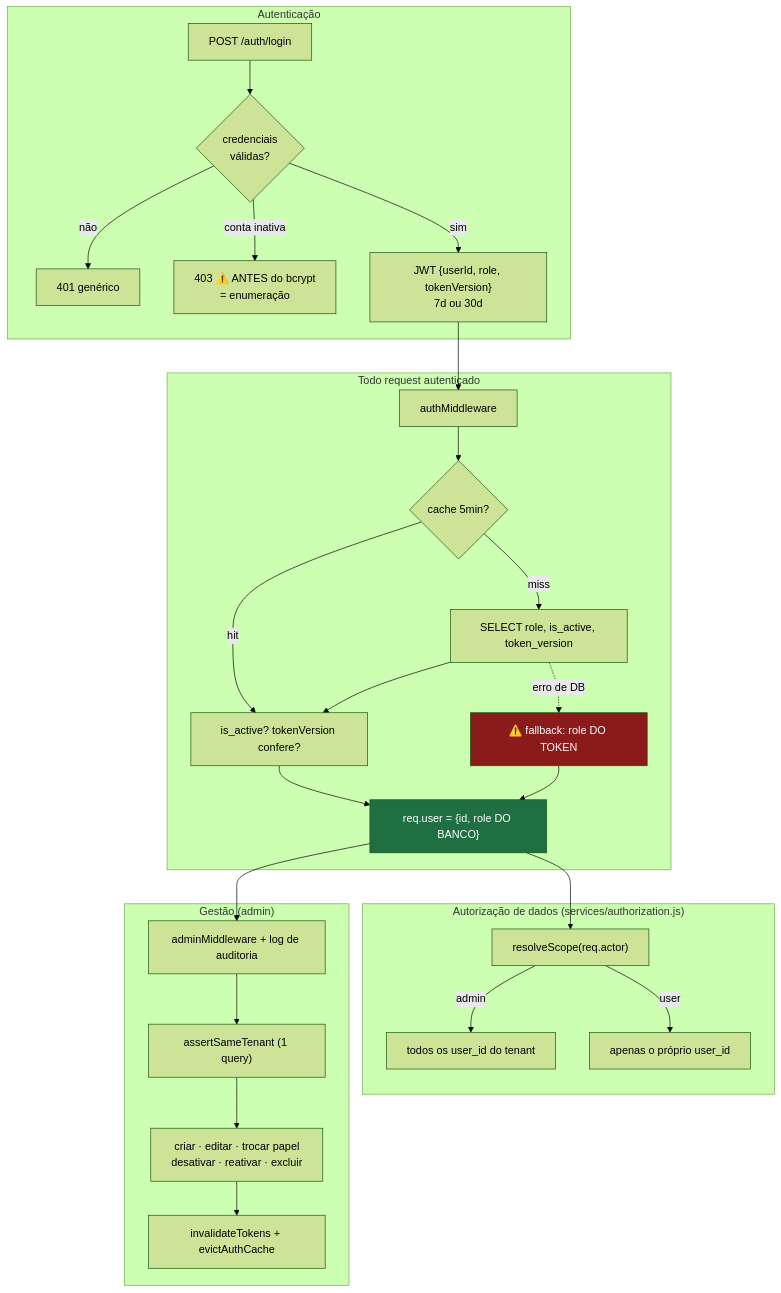
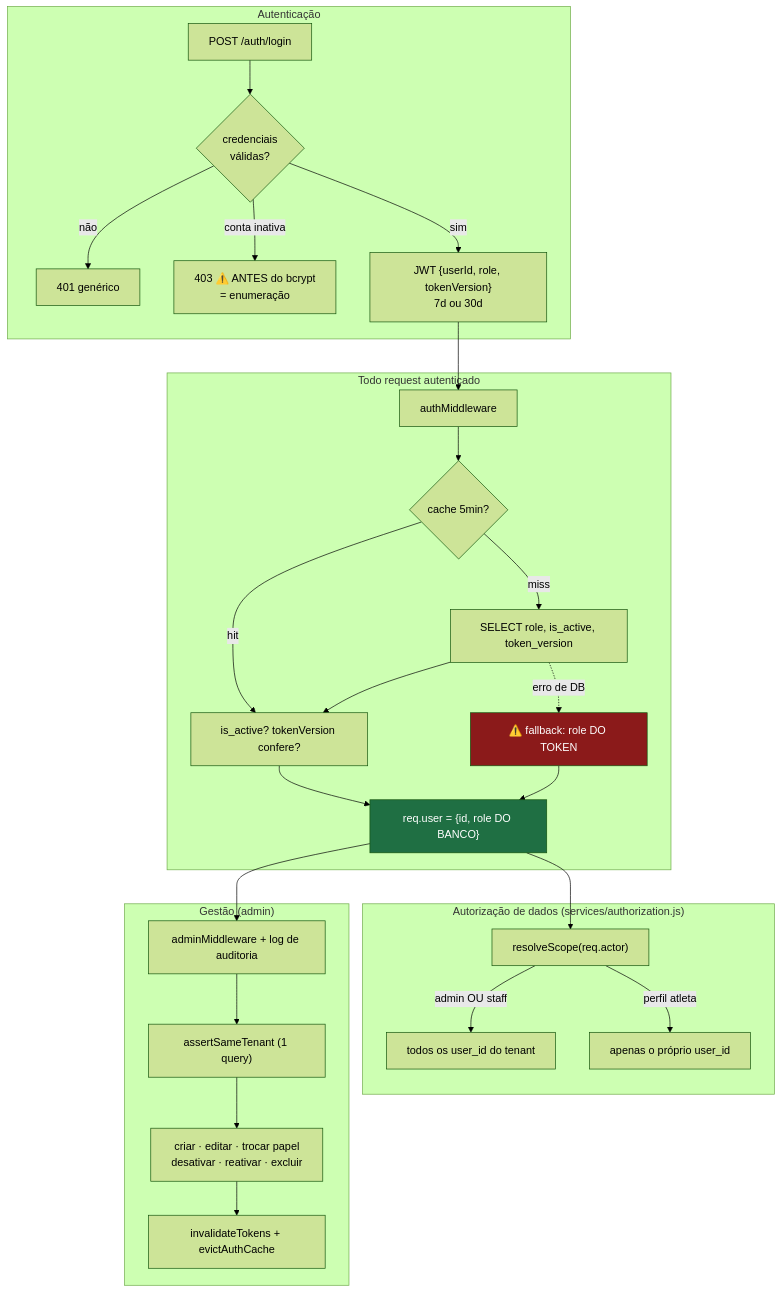
One commit to lucasxtech/JiuMetrics changed the diagram in docs/modules/users-and-admin.md. Above: the diagram before and after it, drawn with Mermaid (forest theme). The commit also changed other lines of this file and 13 other files, not shown here.

Commit message:
docs(spec 014): ADR-014, autorização por perfil, domínio, banco, API, roadmap e changelog

````diff
--- a/docs/modules/users-and-admin.md
+++ b/docs/modules/users-and-admin.md
@@ -81,36 +91,36 @@
 ```mermaid
 flowchart TD
     subgraph "Autenticação"
         L["POST /auth/login"] --> LV{"credenciais<br/>válidas?"}
         LV -->|não| L401["401 genérico"]
         LV -->|"conta inativa"| L403["403 ⚠️ ANTES do bcrypt<br/>= enumeração"]
         LV -->|sim| JWT["JWT {userId, role, tokenVersion}<br/>7d ou 30d"]
     end
 
     subgraph "Todo request autenticado"
         JWT --> AM["authMiddleware"]
         AM --> CACHE{"cache 5min?"}
         CACHE -->|miss| Q["SELECT role, is_active, token_version"]
         CACHE -->|hit| CHK
         Q --> CHK["is_active? tokenVersion confere?"]
         Q -.->|"erro de DB"| FB["⚠️ fallback: role DO TOKEN"]
         CHK --> RU["req.user = {id, role DO BANCO}"]
         FB --> RU
     end
 
     subgraph "Autorização de dados (services/authorization.js)"
         RU --> GS["resolveScope(req.actor)"]
-        GS -->|admin| GRP["todos os user_id do tenant"]
-        GS -->|user| OWN["apenas o próprio user_id"]
+        GS -->|"admin OU staff"| GRP["todos os user_id do tenant"]
+        GS -->|"perfil atleta"| OWN["apenas o próprio user_id"]
     end
 
     subgraph "Gestão (admin)"
         RU --> ADM["adminMiddleware + log de auditoria"]
         ADM --> AST["assertSameTenant (1 query)"]
         AST --> OPS["criar · editar · trocar papel<br/>desativar · reativar · excluir"]
         OPS --> INV["invalidateTokens + evictAuthCache"]
     end
 
     style FB fill:#8b1a1a,color:#fff
     style RU fill:#1f6f43,color:#fff
 ```
````
